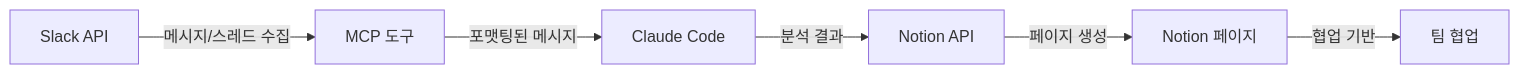
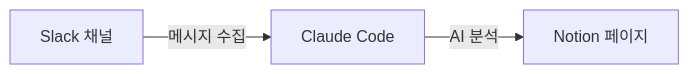
One commit to dykim-base-project/claude-slack-to-notion changed the diagram in README.md. Above: the diagram before and after it, drawn with Mermaid. The commit also changed other lines of this file and 5 other files, not shown here.

````diff
--- a/README.md
+++ b/README.md
@@ -27,8 +10,5 @@
 ```mermaid
 graph LR
-    A["Slack API"] -->|메시지/스레드 수집| B["MCP 도구"]
-    B -->|포맷팅된 메시지| C["Claude Code"]
-    C -->|분석 결과| D["Notion API"]
-    D -->|페이지 생성| E["Notion 페이지"]
-    E -->|협업 기반| F["팀 협업"]
+    A["Slack 채널"] -->|메시지 수집| B["Claude Code"]
+    B -->|AI 분석| C["Notion 페이지"]
 ```
````
